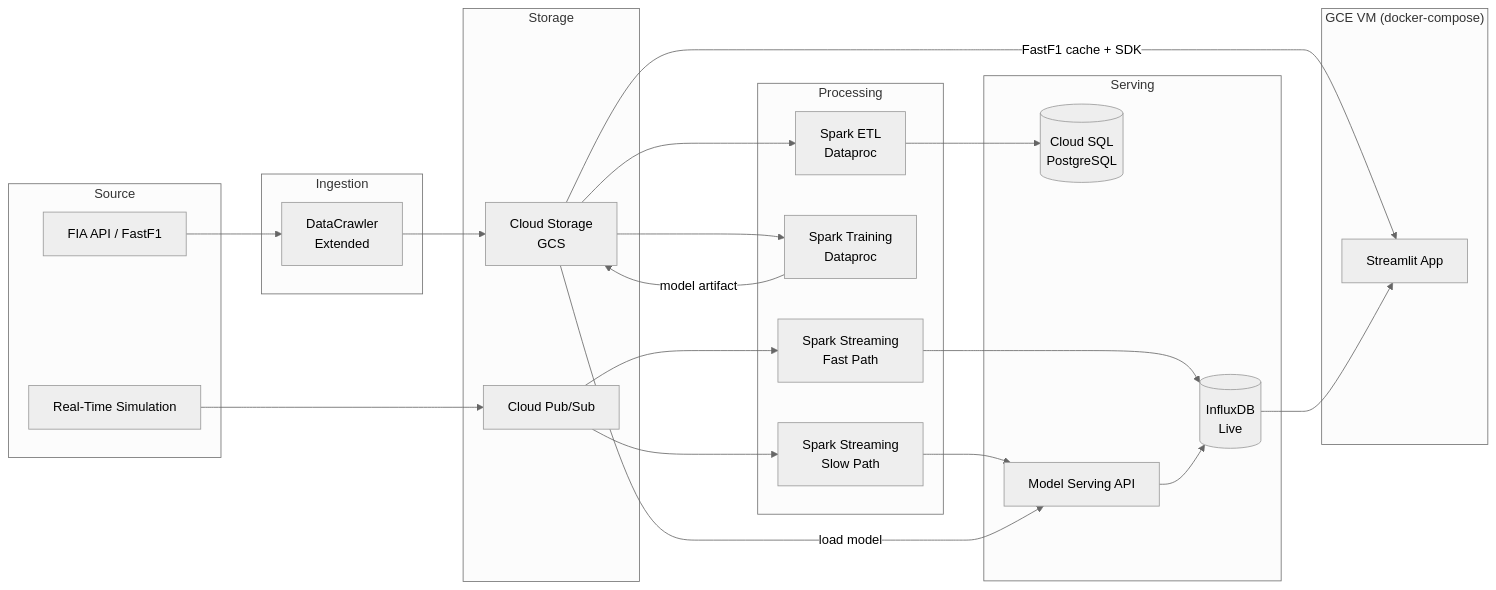
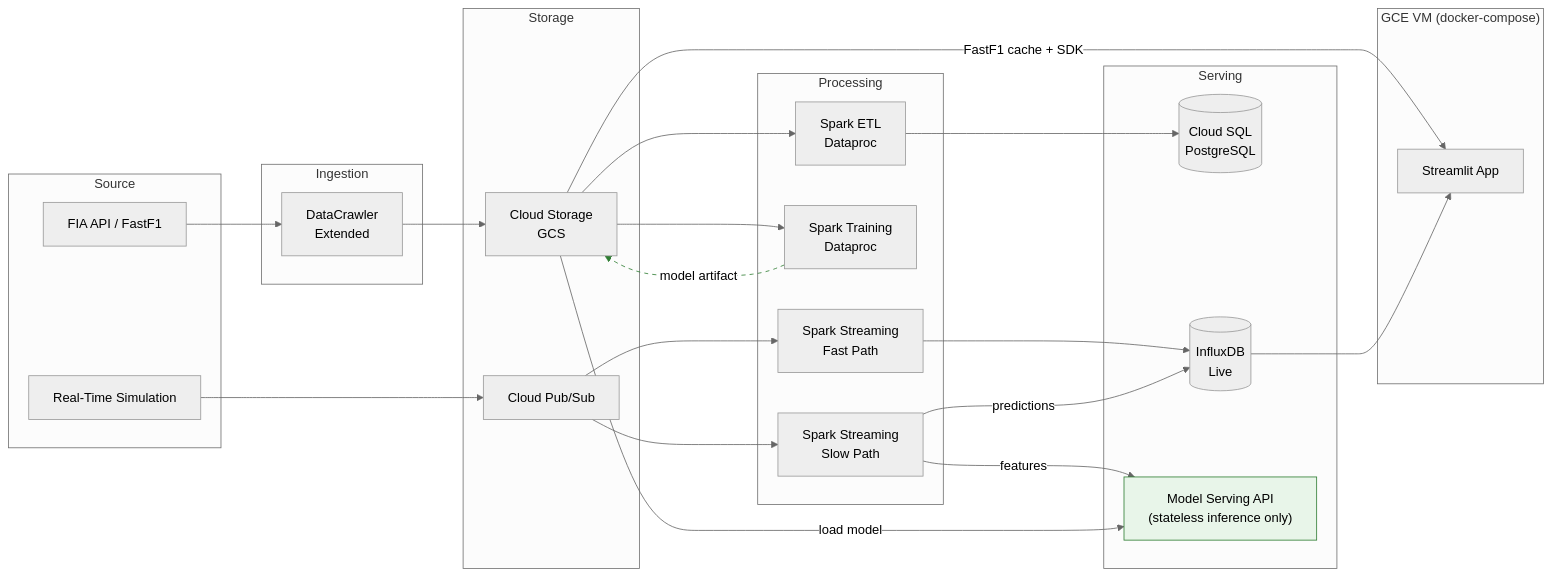
The first of 11 diagrams in revised_plan.md (nmk-k66-uet/F1-Chubby-Data), drawn with Mermaid (neutral theme) before and after one commit. The commit also changed other lines of this file and 12 other files, not shown here.

````diff
--- a/revised_plan.md
+++ b/revised_plan.md
@@ -15,48 +15,52 @@
 ```mermaid
 flowchart LR
     subgraph Source
         FIA[FIA API / FastF1]
         SIM[Real-Time Simulation]
     end
 
     subgraph Ingestion
         DC[DataCrawler<br/>Extended]
     end
 
     subgraph Storage
         GCS[Cloud Storage<br/>GCS]
         PUBSUB[Cloud Pub/Sub]
     end
 
     subgraph Processing
         SPARK_ETL[Spark ETL<br/>Dataproc]
         SPARK_TRAIN[Spark Training<br/>Dataproc]
         FAST[Spark Streaming<br/>Fast Path]
         SLOW[Spark Streaming<br/>Slow Path]
     end
 
     subgraph Serving
         PG[(Cloud SQL<br/>PostgreSQL)]
         INFLUX[(InfluxDB<br/>Live)]
-        MLAPI[Model Serving API]
+        MLAPI["Model Serving API<br/>(stateless inference only)"]
     end
 
     subgraph "GCE VM (docker-compose)"
         INFLUX
         MLAPI
         UI[Streamlit App]
     end
 
     FIA --> DC --> GCS
     SIM --> PUBSUB
 
     GCS --> SPARK_ETL --> PG
     GCS --> SPARK_TRAIN -->|model artifact| GCS
 
     PUBSUB --> FAST --> INFLUX
-    PUBSUB --> SLOW --> MLAPI --> INFLUX
+    PUBSUB --> SLOW -->|features| MLAPI
+    SLOW -->|predictions| INFLUX
 
     GCS -->|load model| MLAPI
     GCS -->|FastF1 cache + SDK| UI
     INFLUX --> UI
+
+    style MLAPI fill:#e8f5e9,stroke:#2e7d32
+    linkStyle 6 stroke:#2e7d32,stroke-dasharray:5
 ```
````
